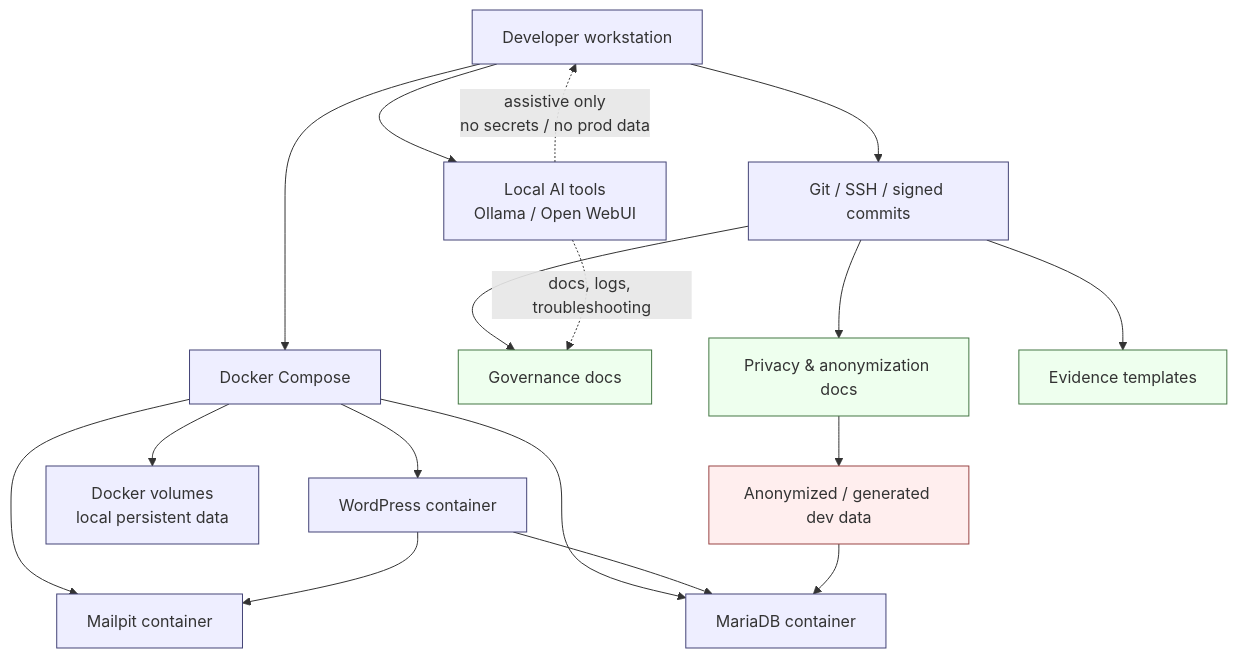
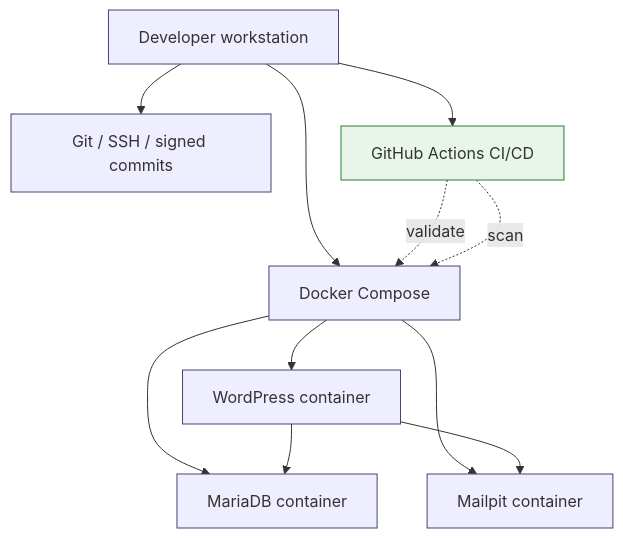
Before and after one commit to Jonnenpijonne/local-first-wordpress-devsecops-kit: the diagram in README.md, drawn with Mermaid. The commit also changed other lines of this file, not shown here.

````diff
--- a/README.md
+++ b/README.md
@@ -88,38 +204,24 @@
 ```mermaid
 flowchart TB
     DEV["Developer workstation"]
 
     DEV --> GIT["Git / SSH / signed commits"]
     DEV --> DOCKER["Docker Compose"]
-    DEV --> AI["Local AI tools<br/>Ollama / Open WebUI"]
+    DEV --> CI["GitHub Actions CI/CD"]
 
     DOCKER --> WP["WordPress container"]
     DOCKER --> DB["MariaDB container"]
     DOCKER --> MAIL["Mailpit container"]
-    DOCKER --> VOL["Docker volumes<br/>local persistent data"]
 
     WP --> DB
     WP --> MAIL
 
-    GOV["Governance docs"]
-    PRIV["Privacy & anonymization docs"]
-    EVID["Evidence templates"]
-
-    GIT --> GOV
-    GIT --> PRIV
-    GIT --> EVID
-
-    PRIV --> DATA["Anonymized / generated dev data"]
-    DATA --> DB
-
-    AI -. "assistive only<br/>no secrets / no prod data" .-> DEV
-    AI -. "docs, logs, troubleshooting" .-> GOV
+    CI -.->|validate| DOCKER
+    CI -.->|scan| DOCKER
 
     classDef local fill:#eef,stroke:#447,stroke-width:1px;
-    classDef governance fill:#efe,stroke:#474,stroke-width:1px;
-    classDef risk fill:#fee,stroke:#944,stroke-width:1px;
+    classDef automation fill:#e8f5e9,stroke:#2e7d32,stroke-width:1px;
 
-    class DEV,GIT,DOCKER,AI,WP,DB,MAIL,VOL local;
-    class GOV,PRIV,EVID governance;
-    class DATA risk;
+    class DEV,GIT,DOCKER,WP,DB,MAIL local;
+    class CI automation;
 ```
````
